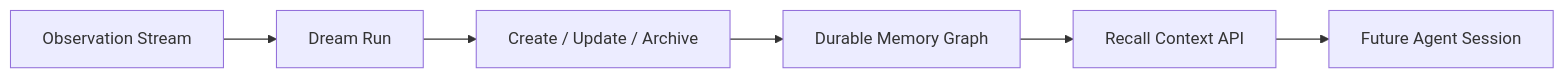
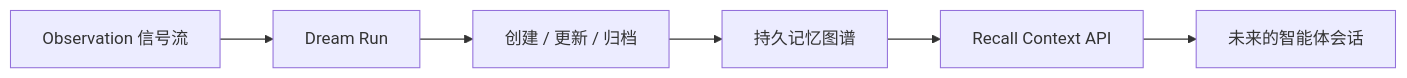
The diagram in README.md (GavinWu326/dream-as-a-service), drawn with Mermaid before and after one commit. The commit also changed other lines of this file, not shown here.

````diff
--- a/README.md
+++ b/README.md
@@ -129,8 +129,8 @@
 ```mermaid
 flowchart LR
-    A[Observation Stream] --> B[Dream Run]
-    B --> C[Create / Update / Archive]
-    C --> D[Durable Memory Graph]
+    A[Observation 信号流] --> B[Dream Run]
+    B --> C[创建 / 更新 / 归档]
+    C --> D[持久记忆图谱]
     D --> E[Recall Context API]
-    E --> F[Future Agent Session]
+    E --> F[未来的智能体会话]
 ```
````
